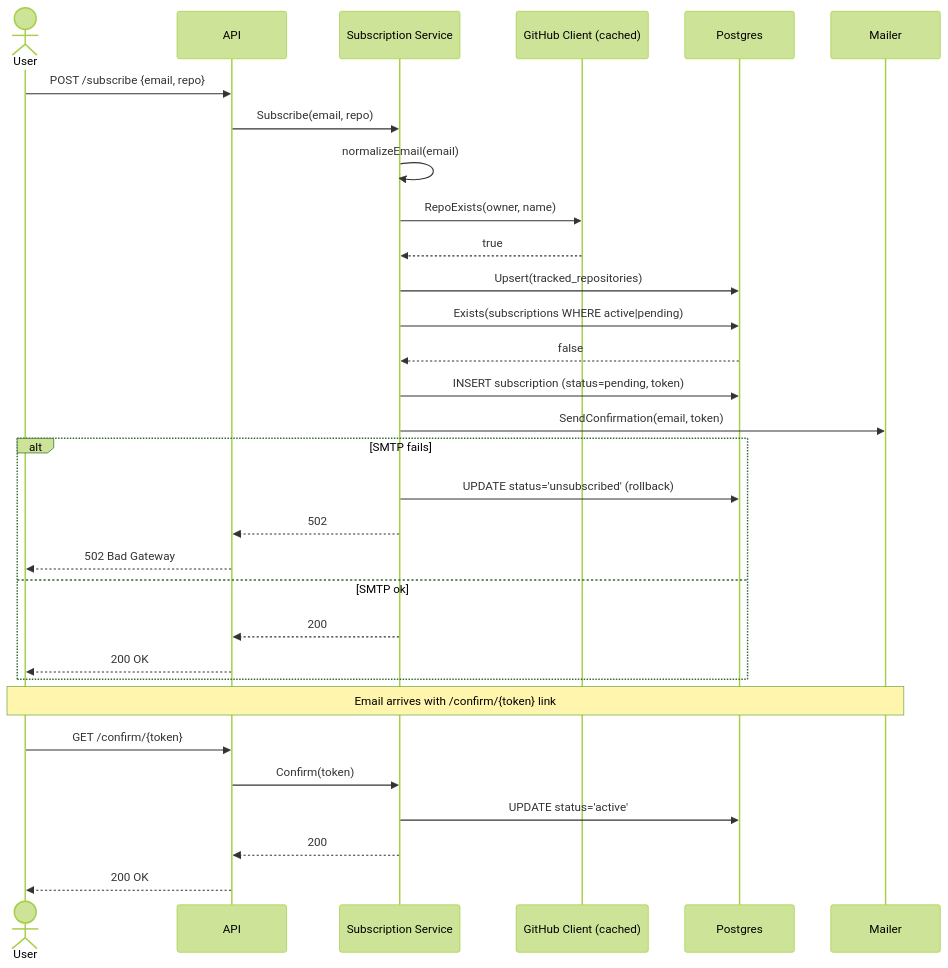
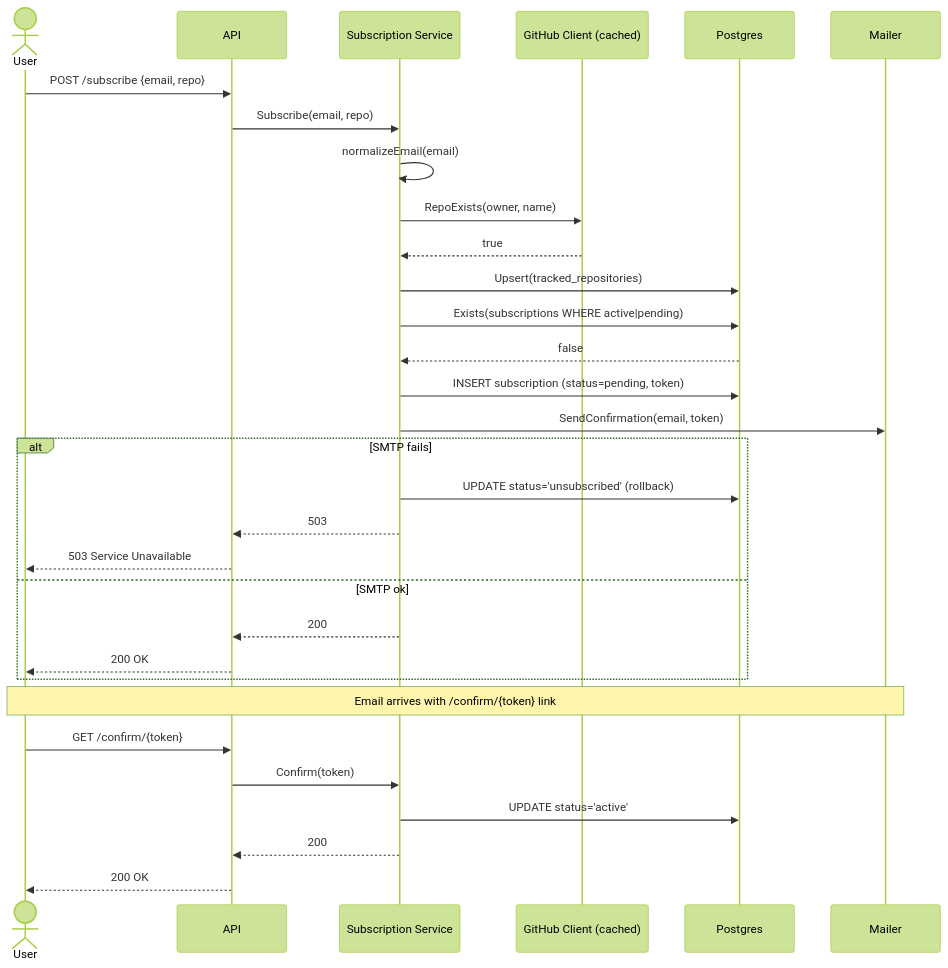
Before and after one commit to GenesisEducationKyiv/software-engineering-school-6-0-mashta-lilia: the third of 5 diagrams in docs/system-design.md, drawn with Mermaid (forest theme). The commit also changed other lines of this file and 32 other files, not shown here.

````diff
--- a/docs/system-design.md
+++ b/docs/system-design.md
@@ -159,34 +159,34 @@
 ```mermaid
 sequenceDiagram
     actor U as User
     participant API as API
     participant S as Subscription Service
     participant GH as GitHub Client (cached)
     participant DB as Postgres
     participant M as Mailer
 
     U->>API: POST /subscribe {email, repo}
     API->>S: Subscribe(email, repo)
     S->>S: normalizeEmail(email)
     S->>GH: RepoExists(owner, name)
     GH-->>S: true
     S->>DB: Upsert(tracked_repositories)
     S->>DB: Exists(subscriptions WHERE active|pending)
     DB-->>S: false
     S->>DB: INSERT subscription (status=pending, token)
     S->>M: SendConfirmation(email, token)
     alt SMTP fails
         S->>DB: UPDATE status='unsubscribed'  (rollback)
-        S-->>API: 502
-        API-->>U: 502 Bad Gateway
+        S-->>API: 503
+        API-->>U: 503 Service Unavailable
     else SMTP ok
         S-->>API: 200
         API-->>U: 200 OK
     end
     Note over U,M: Email arrives with /confirm/{token} link
     U->>API: GET /confirm/{token}
     API->>S: Confirm(token)
     S->>DB: UPDATE status='active'
     S-->>API: 200
     API-->>U: 200 OK
 ```
````
